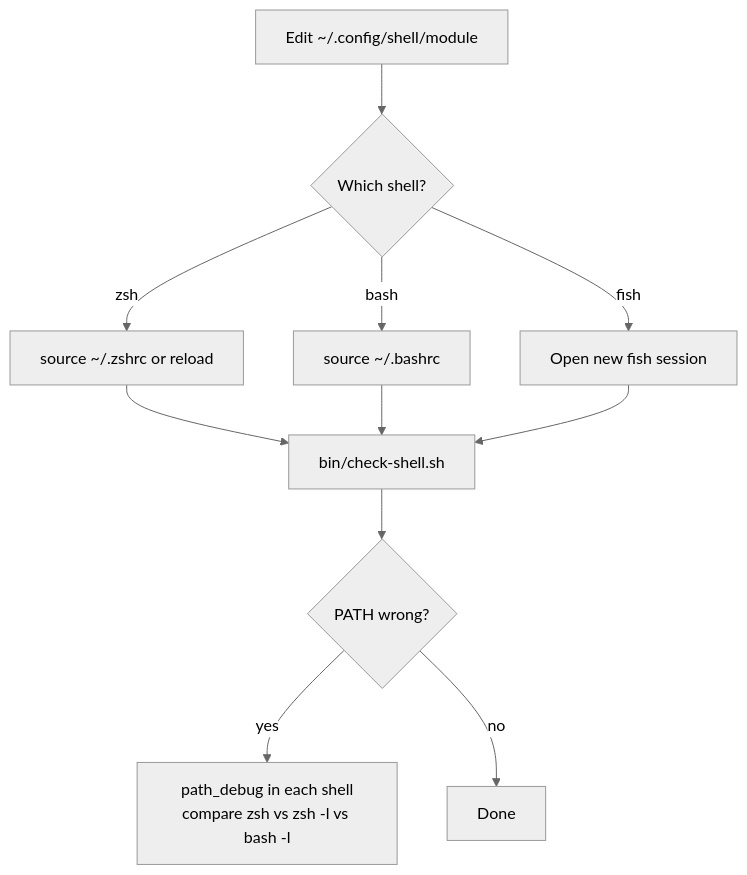
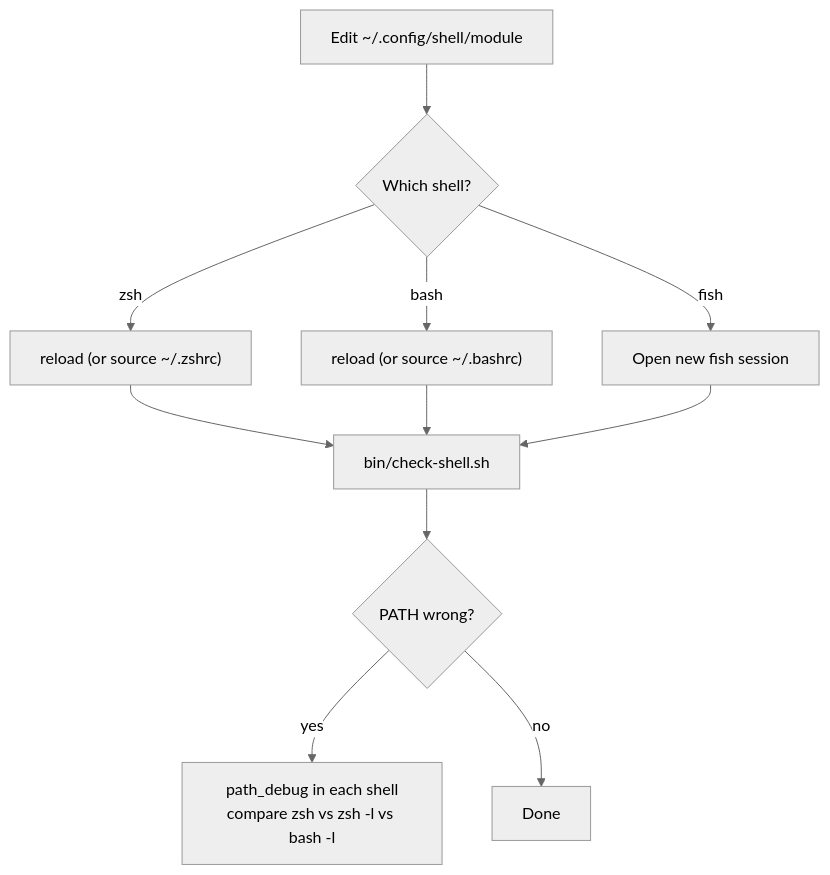
One commit to p10ns11y/shellyxz.sh changed the third of 11 diagrams in shell.md. Above: the diagram before and after it, drawn with Mermaid (neutral theme). The commit also changed other lines of this file and 7 other files, not shown here.

````diff
--- a/shell.md
+++ b/shell.md
@@ -143,13 +175,13 @@
 ```mermaid
 flowchart TD
     A["Edit ~/.config/shell/module"] --> B{"Which shell?"}
-    B -->|zsh| C["source ~/.zshrc or reload"]
-    B -->|bash| D["source ~/.bashrc"]
+    B -->|zsh| C["reload (or source ~/.zshrc)"]
+    B -->|bash| D["reload (or source ~/.bashrc)"]
     B -->|fish| E["Open new fish session"]
     C --> F["bin/check-shell.sh"]
     D --> F
     E --> F
     F --> G{"PATH wrong?"}
     G -->|yes| H["path_debug in each shell<br/>compare zsh vs zsh -l vs bash -l"]
     G -->|no| I["Done"]
 ```
````
